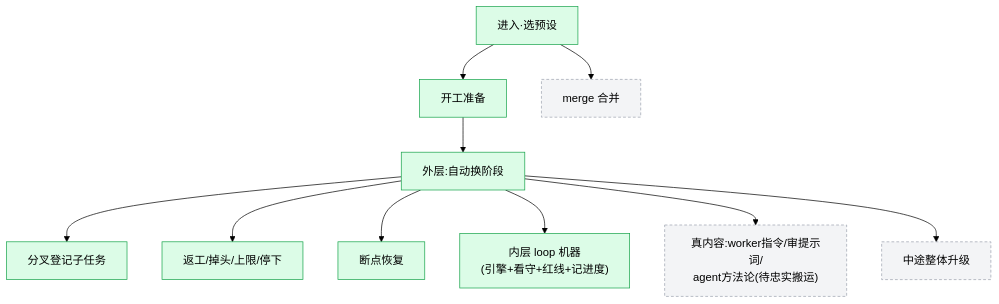
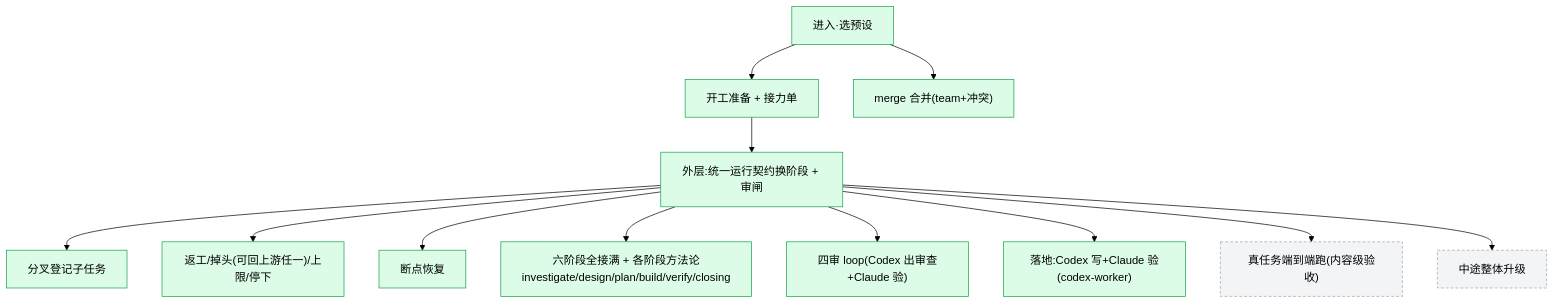
One commit to chancheuklap/multi-model-workflow changed the ninth of 10 diagrams in plugin2/OVERVIEW.md. Above: the diagram before and after it, drawn with Mermaid (forest theme). The commit also changed other lines of this file and 1 other file, not shown here.

First line of the commit message:
plugin2(docs): 弄正漂移——OVERVIEW/loop-engineering 跟上 Codex 落地翻转

````diff
--- a/plugin2/OVERVIEW.md
+++ b/plugin2/OVERVIEW.md
@@ -405,14 +409,16 @@
 ```mermaid
 flowchart TD
-    IN["进入·选预设"]:::done --> PREP["开工准备"]:::done --> OUT["外层:自动换阶段"]:::done
+    IN["进入·选预设"]:::done --> PREP["开工准备 + 接力单"]:::done --> OUT["外层:统一运行契约换阶段 + 审闸"]:::done
     OUT --> SPIN["分叉登记子任务"]:::done
-    OUT --> CAP["返工/掉头/上限/停下"]:::done
+    OUT --> CAP["返工/掉头(可回上游任一)/上限/停下"]:::done
     OUT --> RES["断点恢复"]:::done
-    OUT --> INNER["内层 loop 机器<br/>(引擎+看守+红线+记进度)"]:::done
-    OUT --> CONTENT["真内容:worker指令/审提示词/<br/>agent方法论(待忠实搬运)"]:::todo
-    IN --> MERGE["merge 合并"]:::todo
+    OUT --> PHASES["六阶段全接满 + 各阶段方法论<br/>investigate/design/plan/build/verify/closing"]:::done
+    OUT --> REVIEW["四审 loop(Codex 出审查+Claude 验)"]:::done
+    OUT --> BUILD["落地:Codex 写+Claude 验(codex-worker)"]:::done
+    IN --> MERGE["merge 合并(team+冲突)"]:::done
+    OUT --> RUN["真任务端到端跑(内容级验收)"]:::todo
     OUT --> UP["中途整体升级"]:::todo
 
     classDef done fill:#dcfce7,stroke:#16a34a
     classDef todo fill:#f3f4f6,stroke:#9ca3af,stroke-dasharray:4 3
 ```
````
